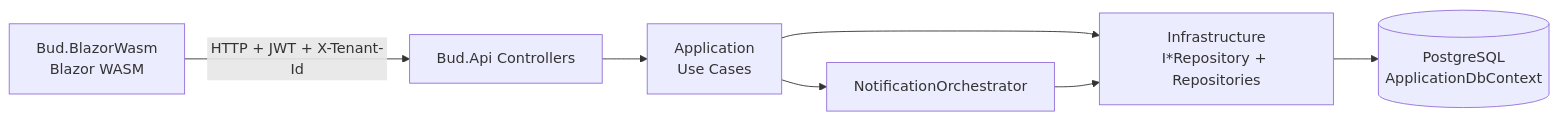
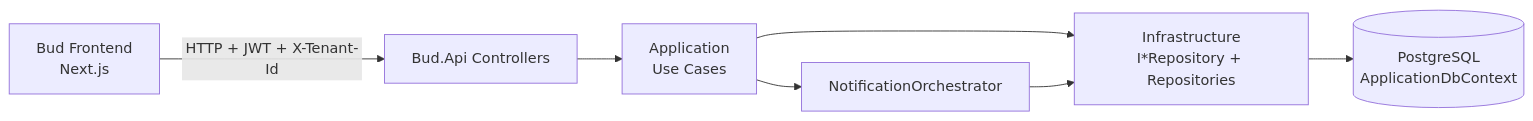
One commit to getbud-co/bud2 changed the second of 11 diagrams in README.md. Above: the diagram before and after it, drawn with Mermaid. The commit also changed other lines of this file and 11 other files, not shown here.

````diff
--- a/README.md
+++ b/README.md
@@ -300,9 +295,9 @@
 ```mermaid
 flowchart LR
-    A[Bud.BlazorWasm<br/>Blazor WASM] -->|HTTP + JWT + X-Tenant-Id| B[Bud.Api Controllers]
+    A[Bud Frontend<br/>Next.js] -->|HTTP + JWT + X-Tenant-Id| B[Bud.Api Controllers]
     B --> C[Application<br/>Use Cases]
     C --> R[Infrastructure<br/>I*Repository + Repositories]
     R --> E[(PostgreSQL<br/>ApplicationDbContext)]
     C --> N[NotificationOrchestrator]
     N --> R
 ```
````
